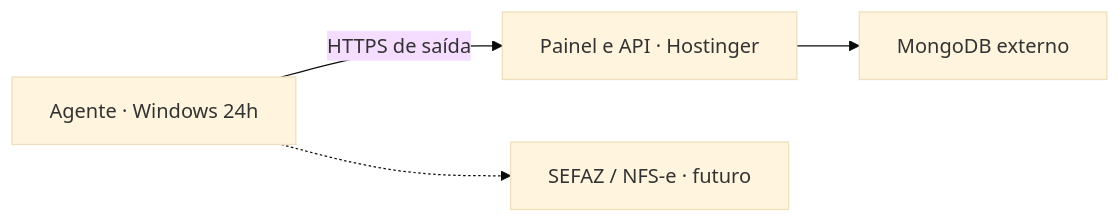
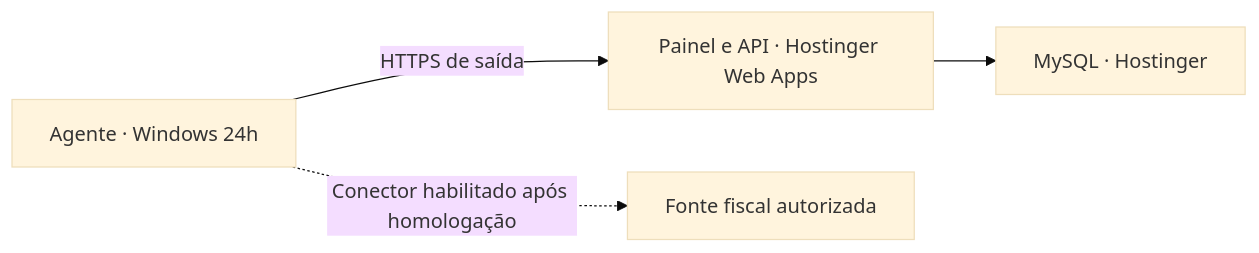
One commit to devarrthurferreira/TRIBUTO changed the diagram in README.md. Above: the diagram before and after it, drawn with Mermaid (base theme). The commit also changed other lines of this file and 27 other files, not shown here.

Commit message:
feat: NFS-e por empresa com MySQL da Hostinger e metadados

````diff
--- a/README.md
+++ b/README.md
@@ -19,6 +19,6 @@
 ```mermaid
 flowchart LR
-  P["Painel e API · Hostinger"] --> B["MongoDB externo"]
-  A["Agente · Windows 24h"] -->|"HTTPS de saída"| P
-  A -.-> F["SEFAZ / NFS-e · futuro"]
+  W["Agente · Windows 24h"] -->|"HTTPS de saída"| P["Painel e API · Hostinger Web Apps"]
+  P --> D["MySQL · Hostinger"]
+  W -.->|"Conector habilitado após homologação"| F["Fonte fiscal autorizada"]
 ```
````
